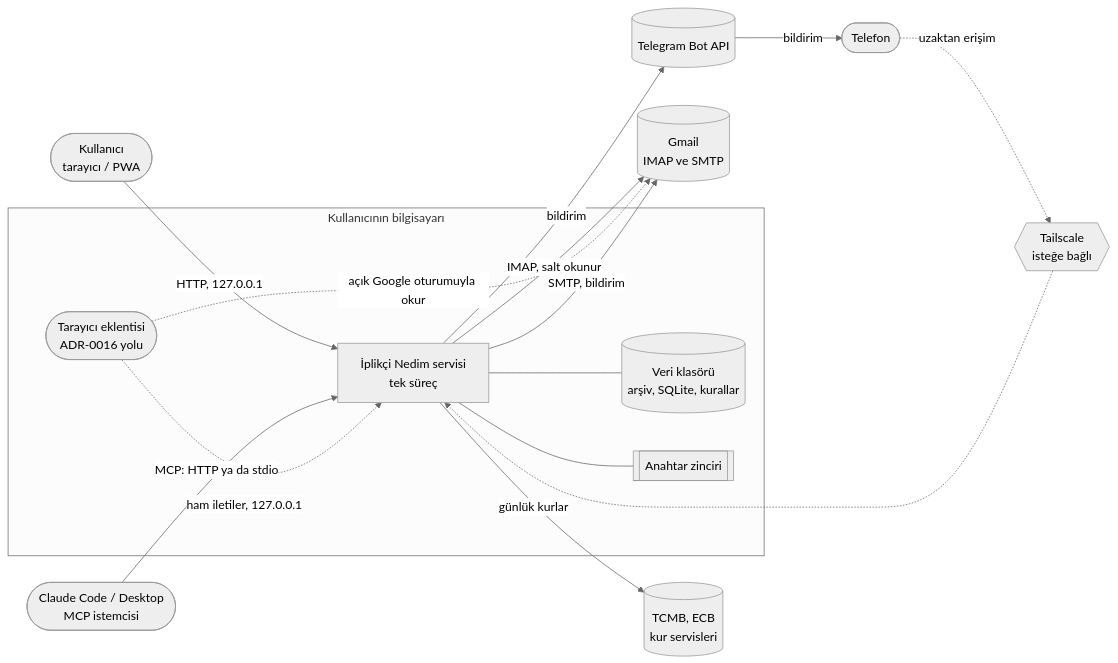
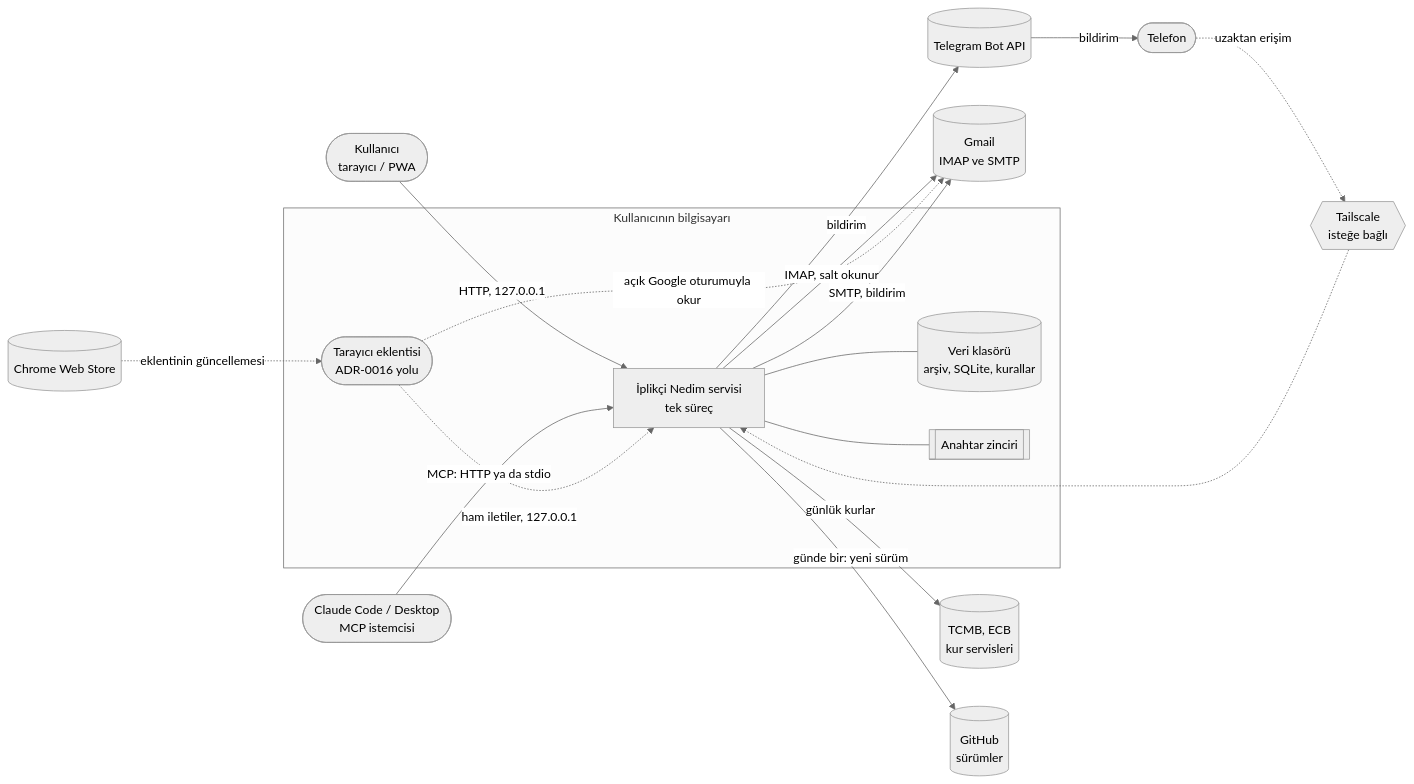
The first of 4 diagrams in docs/v1/architecture.md (msaidbilgehan/iplikci-nedim), drawn with Mermaid (neutral theme) before and after one commit. The commit also changed other lines of this file and 6 other files, not shown here.

````diff
--- a/docs/v1/architecture.md
+++ b/docs/v1/architecture.md
@@ -98,28 +98,32 @@
 ```mermaid
 flowchart LR
   user([Kullanıcı<br/>tarayıcı / PWA])
   claude([Claude Code / Desktop<br/>MCP istemcisi])
   phone([Telefon])
   subgraph mac[Kullanıcının bilgisayarı]
     svc[İplikçi Nedim servisi<br/>tek süreç]
     data[(Veri klasörü<br/>arşiv, SQLite, kurallar)]
     kc[[Anahtar zinciri]]
     ext([Tarayıcı eklentisi<br/>ADR-0016 yolu])
   end
   gmail[(Gmail<br/>IMAP ve SMTP)]
   tg[(Telegram Bot API)]
   fx[(TCMB, ECB<br/>kur servisleri)]
+  gh[(GitHub<br/>sürümler)]
+  cws[(Chrome Web Store)]
   ts{{Tailscale<br/>isteğe bağlı}}
   user -- "HTTP, 127.0.0.1" --> svc
   claude -- "MCP: HTTP ya da stdio" --> svc
   svc --- data
   svc --- kc
   svc -- "IMAP, salt okunur" --> gmail
   ext -. "açık Google oturumuyla okur" .-> gmail
   ext -. "ham iletiler, 127.0.0.1" .-> svc
   svc -- "SMTP, bildirim" --> gmail
   svc -- "bildirim" --> tg
   svc -- "günlük kurlar" --> fx
+  svc -- "günde bir: yeni sürüm" --> gh
+  cws -. "eklentinin güncellemesi" .-> ext
   tg -- "bildirim" --> phone
   phone -. "uzaktan erişim" .-> ts -.-> svc
 ```
````
